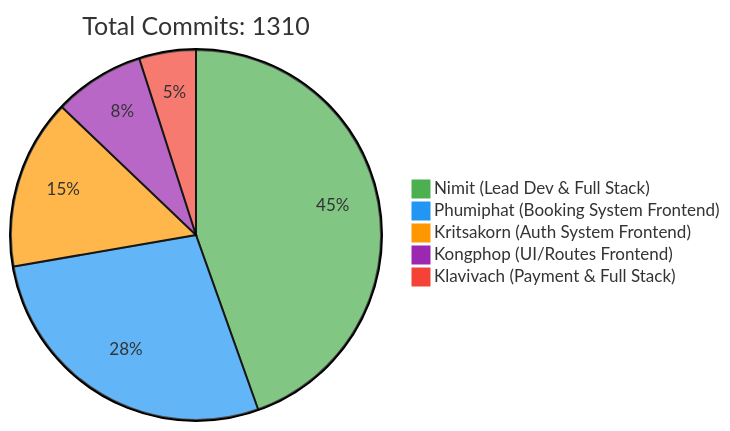
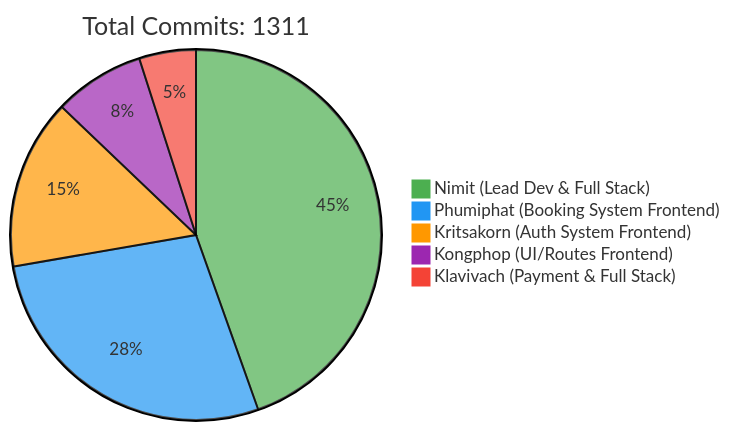
One commit to 6531503042/Sport-Complex changed the first of 2 diagrams in README.md. Above: the diagram before and after it, drawn with Mermaid. The commit also changed other lines of this file, not shown here.

Commit message:
docs: Update contributor statistics [skip ci]

````diff
--- a/README.md
+++ b/README.md
@@ -257,10 +257,10 @@
 ```mermaid
 %%{init: {'theme': 'base', 'themeVariables': { 'pie1': '#4CAF50', 'pie2': '#2196F3', 'pie3': '#FF9800', 'pie4': '#9C27B0', 'pie5': '#F44336'}}}%%
 pie
-    title Total Commits: 1310
+    title Total Commits: 1311
     "Nimit (Lead Dev & Full Stack)" : 450
     "Phumiphat (Booking System Frontend)" : 280
     "Kritsakorn (Auth System Frontend)" : 150
     "Kongphop (UI/Routes Frontend)" : 80
     "Klavivach (Payment & Full Stack)" : 50
 ```
````
